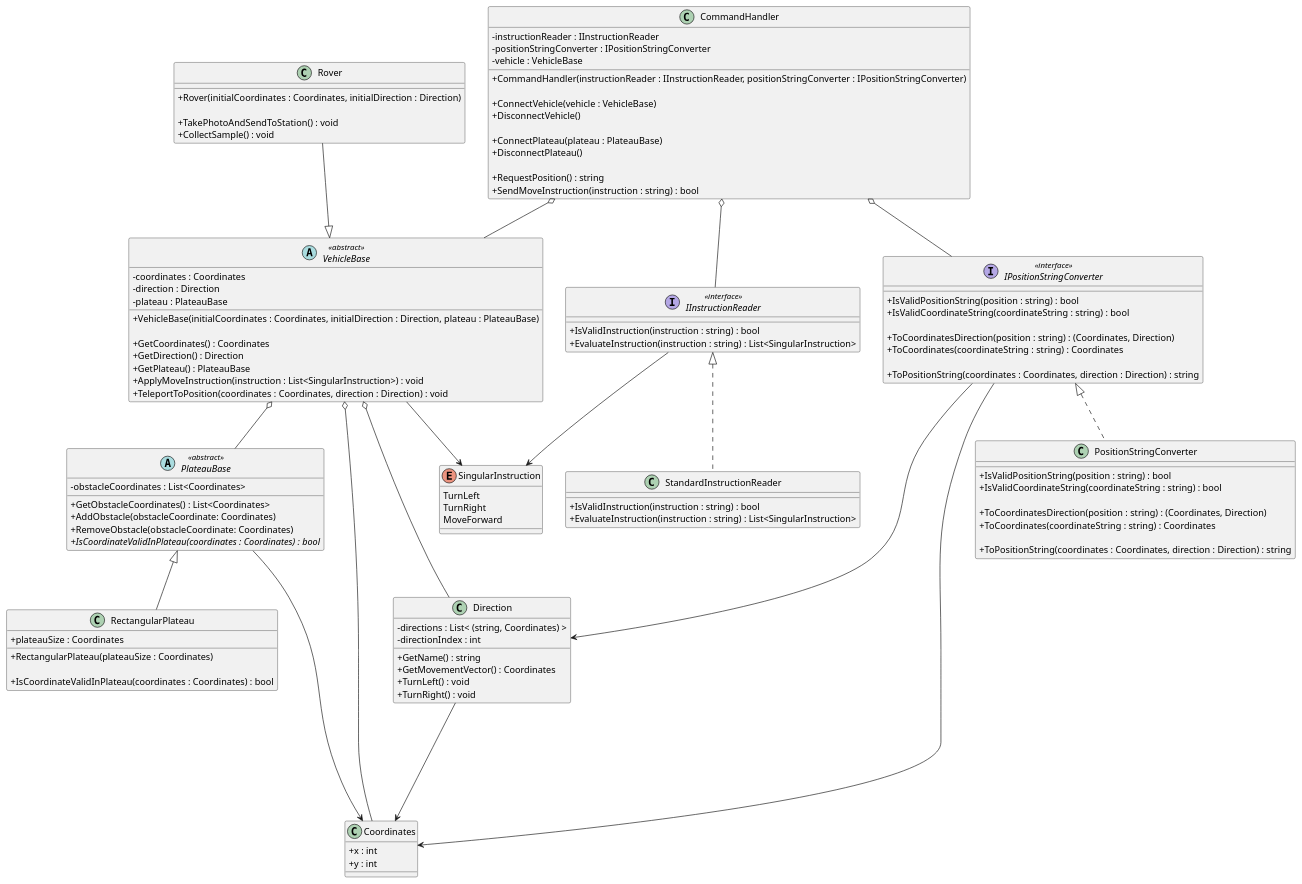
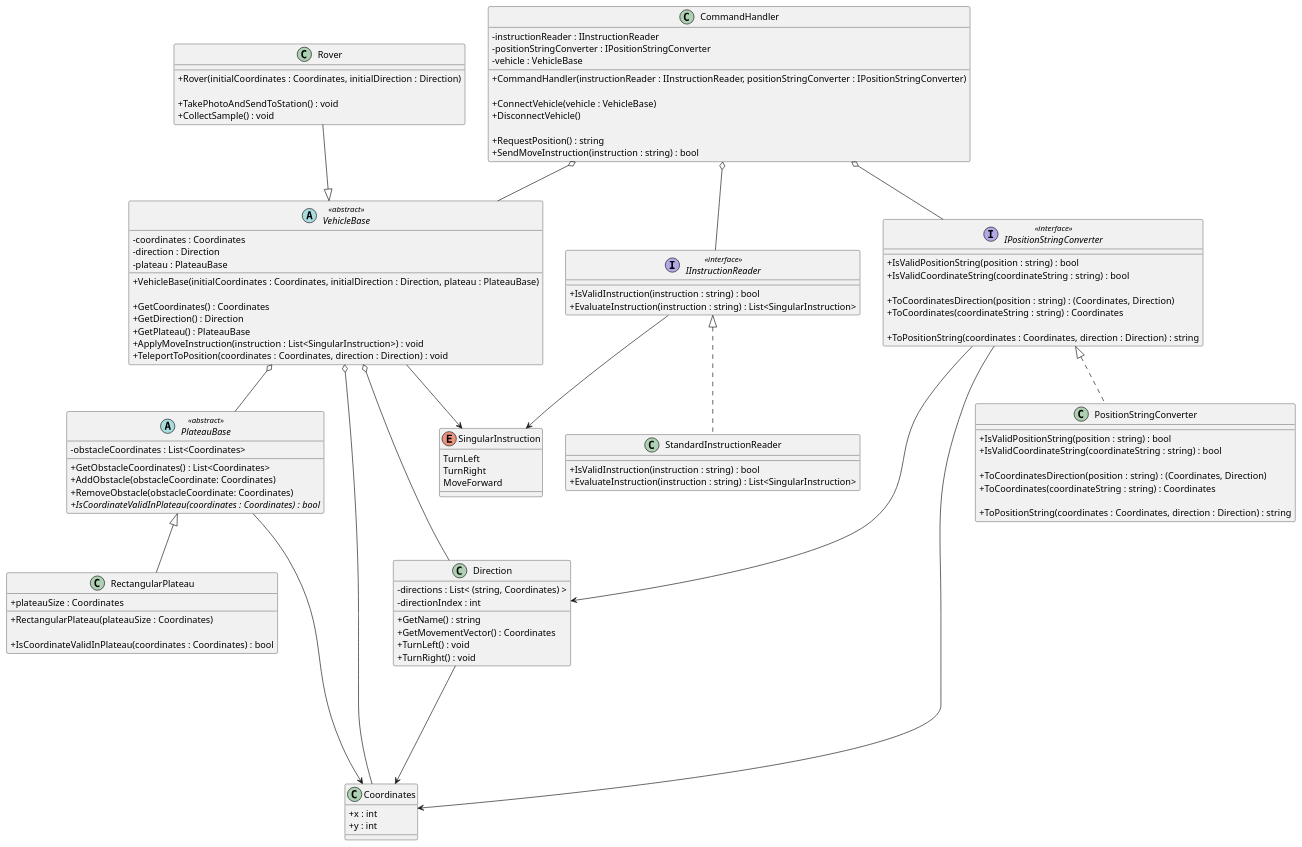
The diagram in puml/MarsRoverChallenge.puml (iamfranco/MarsRoverChallenge), drawn with PlantUML before and after one commit. The commit also changed 1 other file, not shown here.

Commit message:
UML: remove extra connection method for plateau in CommandHandler class

```diff
--- a/puml/MarsRoverChallenge.puml
+++ b/puml/MarsRoverChallenge.puml
@@ -1,144 +1,141 @@
 @startuml "Mars Rover Challenge"
 skinparam classAttributeIconSize 0
 
 interface IInstructionReader <<interface>>
 {
   + IsValidInstruction(instruction : string) : bool
   + EvaluateInstruction(instruction : string) : List<SingularInstruction>
 }
 
 enum SingularInstruction
 {
   TurnLeft
   TurnRight
   MoveForward
 }
 
 class StandardInstructionReader
 {
   + IsValidInstruction(instruction : string) : bool
   + EvaluateInstruction(instruction : string) : List<SingularInstruction>
 }
 
 abstract PlateauBase <<abstract>>
 {
   - obstacleCoordinates : List<Coordinates>
 
   + GetObstacleCoordinates() : List<Coordinates>
   + AddObstacle(obstacleCoordinate: Coordinates)
   + RemoveObstacle(obstacleCoordinate: Coordinates)
   {abstract} + IsCoordinateValidInPlateau(coordinates : Coordinates) : bool
 }
 
 class RectangularPlateau
 {
   + plateauSize : Coordinates
 
   + RectangularPlateau(plateauSize : Coordinates)
 
   + IsCoordinateValidInPlateau(coordinates : Coordinates) : bool
 }
 
 class Coordinates
 {
   + x : int
   + y : int
 }
 
 class Direction
 {
   - directions : List< &#40;string, Coordinates&#41; >
   - directionIndex : int
 
   + GetName() : string
   + GetMovementVector() : Coordinates
   + TurnLeft() : void
   + TurnRight() : void
 }
 
 interface IPositionStringConverter <<interface>>
 {
   + IsValidPositionString(position : string) : bool
   + IsValidCoordinateString(coordinateString : string) : bool
 
   + ToCoordinatesDirection(position : string) : (Coordinates, Direction)
   + ToCoordinates(coordinateString : string) : Coordinates
 
   + ToPositionString(coordinates : Coordinates, direction : Direction) : string
 }
 
 class PositionStringConverter
 {
   + IsValidPositionString(position : string) : bool
   + IsValidCoordinateString(coordinateString : string) : bool
 
   + ToCoordinatesDirection(position : string) : (Coordinates, Direction)
   + ToCoordinates(coordinateString : string) : Coordinates
 
   + ToPositionString(coordinates : Coordinates, direction : Direction) : string
 }
 
 abstract VehicleBase <<abstract>>
 {
   - coordinates : Coordinates
   - direction : Direction
   - plateau : PlateauBase
 
   + VehicleBase(initialCoordinates : Coordinates, initialDirection : Direction, plateau : PlateauBase)
 
   + GetCoordinates() : Coordinates
   + GetDirection() : Direction
   + GetPlateau() : PlateauBase
   + ApplyMoveInstruction(instruction : List<SingularInstruction>) : void
   + TeleportToPosition(coordinates : Coordinates, direction : Direction) : void
 }
 
 class Rover
 {
   + Rover(initialCoordinates : Coordinates, initialDirection : Direction)
 
   + TakePhotoAndSendToStation() : void
   + CollectSample() : void
 }
 
 class CommandHandler
 {
   - instructionReader : IInstructionReader
   - positionStringConverter : IPositionStringConverter
   - vehicle : VehicleBase
 
   + CommandHandler(instructionReader : IInstructionReader, positionStringConverter : IPositionStringConverter)
   
   + ConnectVehicle(vehicle : VehicleBase)
   + DisconnectVehicle()
 
-  + ConnectPlateau(plateau : PlateauBase)
-  + DisconnectPlateau()
-
   + RequestPosition() : string
   + SendMoveInstruction(instruction : string) : bool
 }
 
 CommandHandler o-- IInstructionReader
 CommandHandler o-- IPositionStringConverter
 CommandHandler o-- VehicleBase
 
 IInstructionReader --> SingularInstruction
 IInstructionReader <|.. StandardInstructionReader 
 
 VehicleBase <|-u- Rover
 VehicleBase --> SingularInstruction
 VehicleBase o--- Direction
 VehicleBase o---- Coordinates
 VehicleBase o-- PlateauBase
 
 IPositionStringConverter <|.. PositionStringConverter
 IPositionStringConverter ---> Direction
 IPositionStringConverter ---> Coordinates
 
 PlateauBase <|-- RectangularPlateau
 PlateauBase -----> Coordinates
 
 Direction --> Coordinates 
 
 @enduml
```
